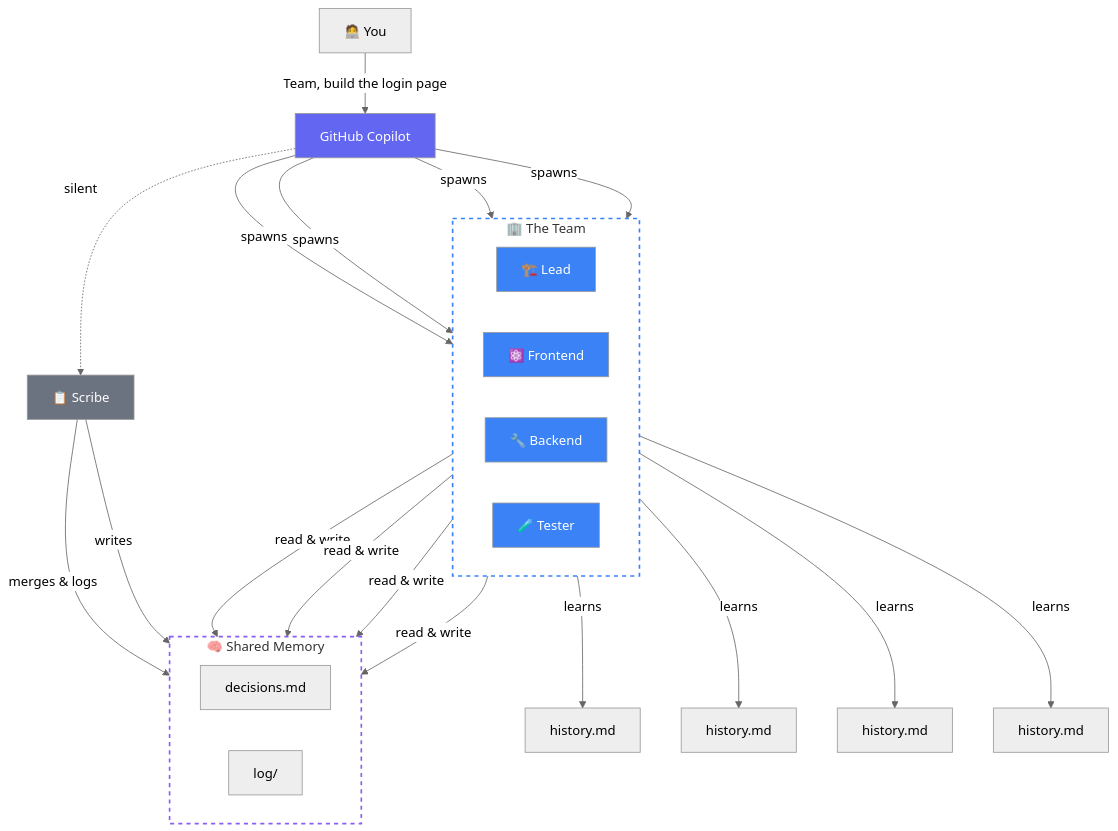
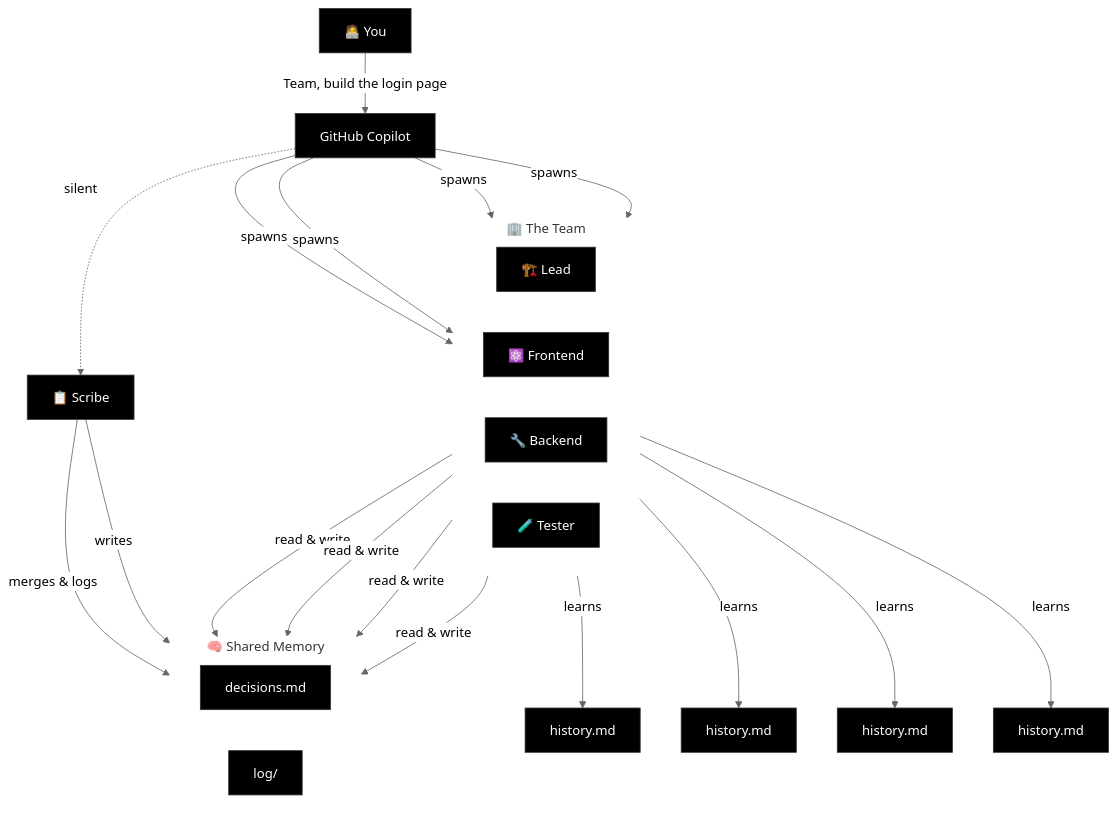
The diagram in README.md (bradygaster/squad-places), drawn with Mermaid (neutral theme) before and after one commit. The commit also changed other lines of this file and 53 other files, not shown here.

Commit message:
feat: v0.2.0 release prep - docs sweep, mermaid fixes, preview branch workflow, release audit

````diff
--- a/README.md
+++ b/README.md
@@ -94,42 +94,49 @@
 ```mermaid
 graph TB
     U["🧑‍💻 You"] -->|"Team, build the login page"| C["GitHub Copilot"]
 
     subgraph team [" 🏢 The Team "]
         direction LR
         A["🏗️ Lead"]
         K["⚛️ Frontend"]
         R["🔧 Backend"]
         T["🧪 Tester"]
     end
 
     C -->|spawns| A
     C -->|spawns| K
     C -->|spawns| R
     C -->|spawns| T
     C -.->|silent| S["📋 Scribe"]
 
     subgraph memory [" 🧠 Shared Memory "]
         direction LR
         D["decisions.md"]
         L["log/"]
     end
 
     A & K & R & T -->|read & write| D
     S -->|merges & logs| D
     S -->|writes| L
 
     A -->|learns| HA["history.md"]
     K -->|learns| HK["history.md"]
     R -->|learns| HR["history.md"]
     T -->|learns| HT["history.md"]
 
-    style C fill:#6366f1,color:#fff
-    style A fill:#3b82f6,color:#fff
-    style K fill:#3b82f6,color:#fff
-    style R fill:#3b82f6,color:#fff
-    style T fill:#3b82f6,color:#fff
-    style S fill:#6b7280,color:#fff
-    style team fill:none,stroke:#3b82f6,stroke-width:2px,stroke-dasharray:5 5
-    style memory fill:none,stroke:#8b5cf6,stroke-width:2px,stroke-dasharray:5 5
+    style U fill:#000,color:#fff,stroke:#333
+    style C fill:#000,color:#fff,stroke:#333
+    style A fill:#000,color:#fff,stroke:#333
+    style K fill:#000,color:#fff,stroke:#333
+    style R fill:#000,color:#fff,stroke:#333
+    style T fill:#000,color:#fff,stroke:#333
+    style S fill:#000,color:#fff,stroke:#333
+    style D fill:#000,color:#fff,stroke:#333
+    style L fill:#000,color:#fff,stroke:#333
+    style HA fill:#000,color:#fff,stroke:#333
+    style HK fill:#000,color:#fff,stroke:#333
+    style HR fill:#000,color:#fff,stroke:#333
+    style HT fill:#000,color:#fff,stroke:#333
+    style team fill:none,stroke:#fff,stroke-width:2px,stroke-dasharray:5 5
+    style memory fill:none,stroke:#fff,stroke-width:2px,stroke-dasharray:5 5
 ```
````
